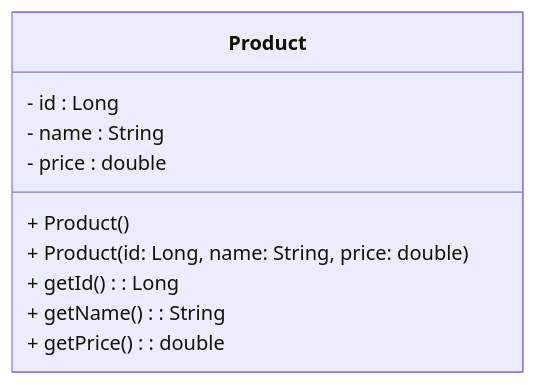
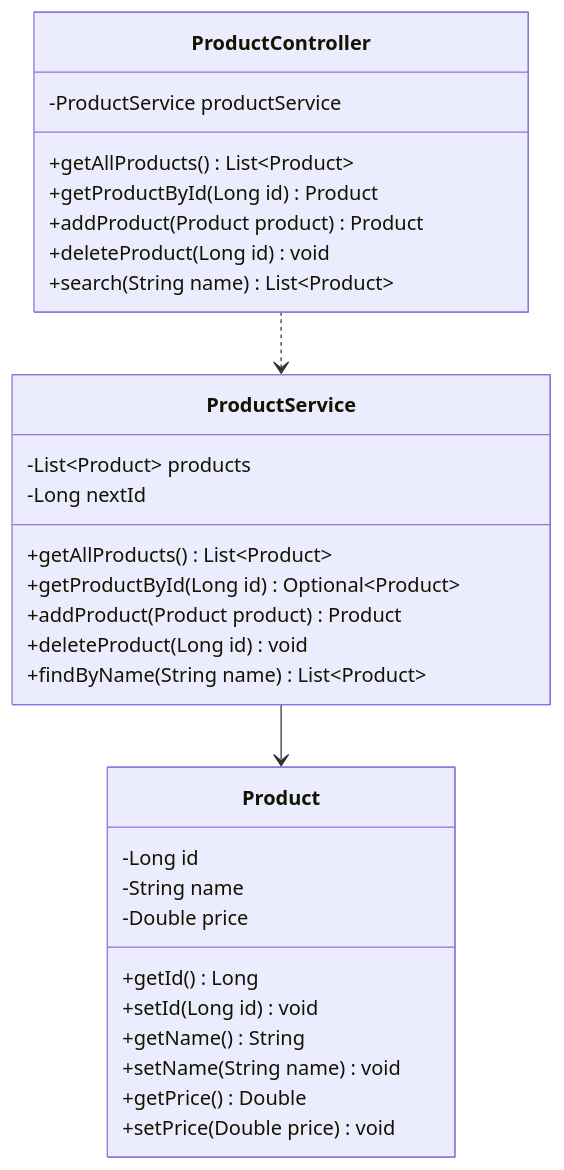
One commit to kishoban21/products-api changed the diagram in docs/uml/Product.mmd. Above: the diagram before and after it, drawn with Mermaid.

Commit message:
Activity 6: Updated UML class diagram

```diff
--- a/docs/uml/Product.mmd
+++ b/docs/uml/Product.mmd
@@ -1,11 +1,35 @@
-classDiagram
-    class Product {
-        - id : Long
-        - name : String
-        - price : double
-        + Product()
-        + Product(id: Long, name: String, price: double)
-        + getId() : Long
-        + getName() : String
-        + getPrice() : double
-    }
+ classDiagram
+
+ class Product {
+     -Long id
+     -String name
+     -Double price
+     +getId() Long
+     +setId(Long id) void
+     +getName() String
+     +setName(String name) void
+     +getPrice() Double
+     +setPrice(Double price) void
+ }
+
+ class ProductService {
+     -List~Product~ products
+     -Long nextId
+     +getAllProducts() List~Product~
+     +getProductById(Long id) Optional~Product~
+     +addProduct(Product product) Product
+     +deleteProduct(Long id) void
+     +findByName(String name) List~Product~
+ }
+
+ class ProductController {
+     -ProductService productService
+     +getAllProducts() List~Product~
+     +getProductById(Long id) Product
+     +addProduct(Product product) Product
+     +deleteProduct(Long id) void
+     +search(String name) List~Product~
+ }
+
+ ProductController ..> ProductService
+ ProductService --> Product
```
